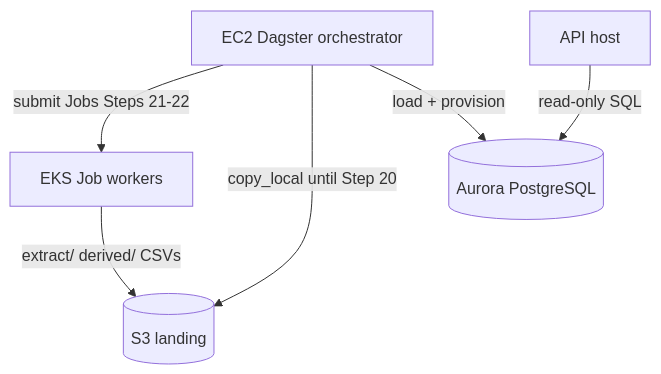
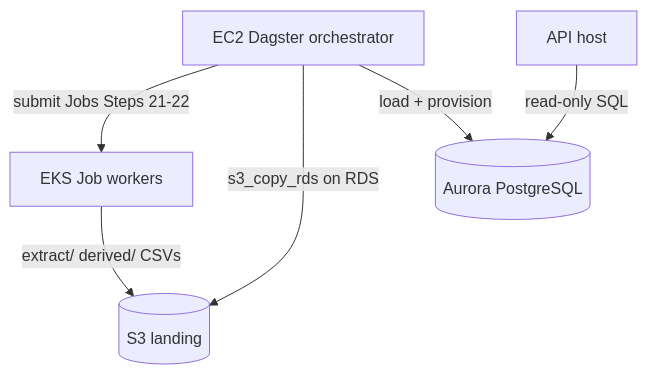
The diagram in docs/deployment/aws-scaled.md (JustFixNYC/opendata-etl), drawn with Mermaid before and after one commit. The commit also changed other lines of this file and 14 other files, not shown here.

Commit message:
Server-Side COPY (S3 → RDS)

````diff
--- a/docs/deployment/aws-scaled.md
+++ b/docs/deployment/aws-scaled.md
@@ -18,14 +18,14 @@
 ```mermaid
 flowchart TB
   orch[EC2 Dagster orchestrator]
   api[API host]
   eks[EKS Job workers]
   s3[(S3 landing)]
   aurora[(Aurora PostgreSQL)]
 
   orch -->|submit Jobs Steps 21-22| eks
   eks -->|extract/ derived/ CSVs| s3
-  orch -->|copy_local until Step 20| s3
+  orch -->|s3_copy_rds on RDS| s3
   orch -->|load + provision| aurora
   api -->|read-only SQL| aurora
 ```
````
